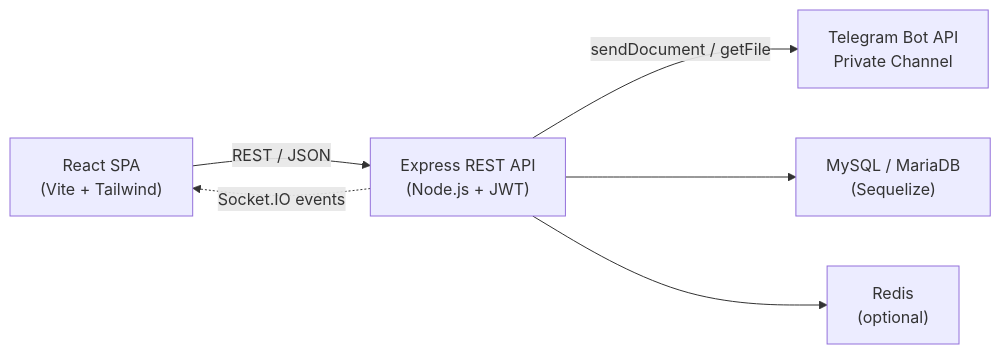
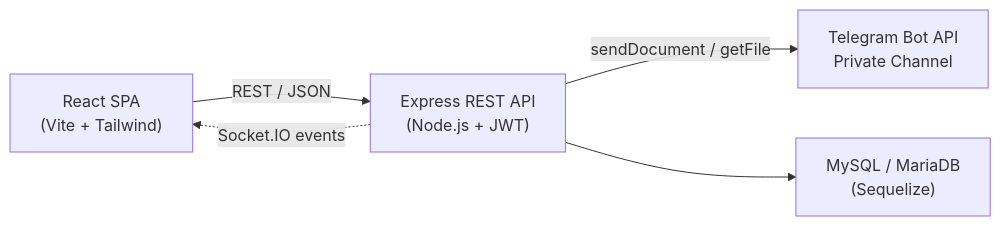
Before and after one commit to Chaerulcp/Teldock: the diagram in docs-site/guide/architecture.md, drawn with Mermaid. The commit also changed other lines of this file and 34 other files, not shown here.

````diff
--- a/docs-site/guide/architecture.md
+++ b/docs-site/guide/architecture.md
@@ -12,8 +12,7 @@
 ```mermaid
 flowchart LR
     SPA["React SPA<br/>(Vite + Tailwind)"] -->|REST / JSON| API["Express REST API<br/>(Node.js + JWT)"]
     API -->|sendDocument / getFile| TG["Telegram Bot API<br/>Private Channel"]
     API --> DB["MySQL / MariaDB<br/>(Sequelize)"]
-    API --> RD["Redis<br/>(optional)"]
     API -.->|Socket.IO events| SPA
 ```
````
